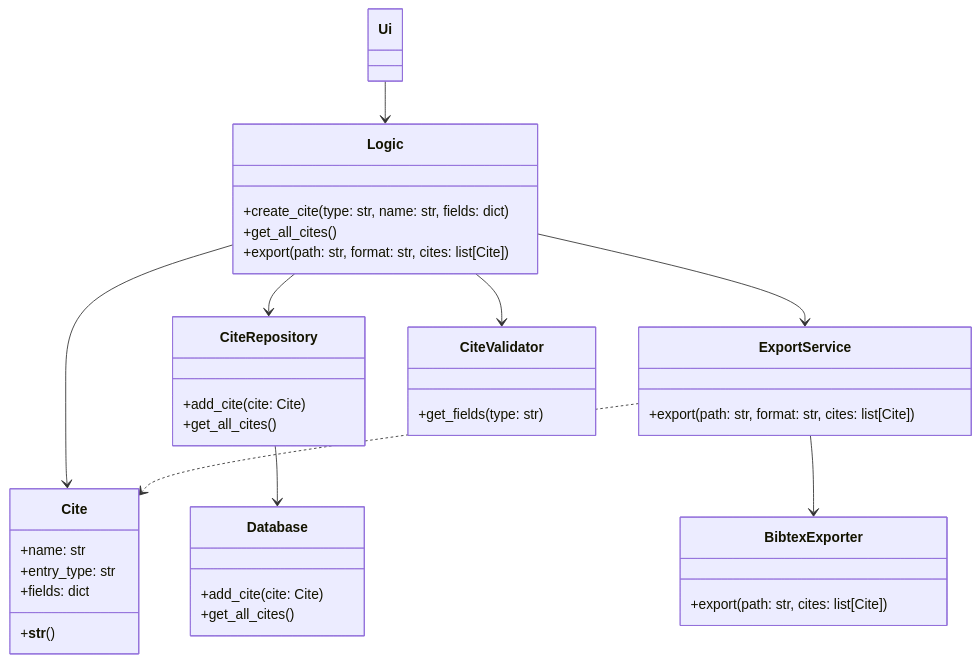
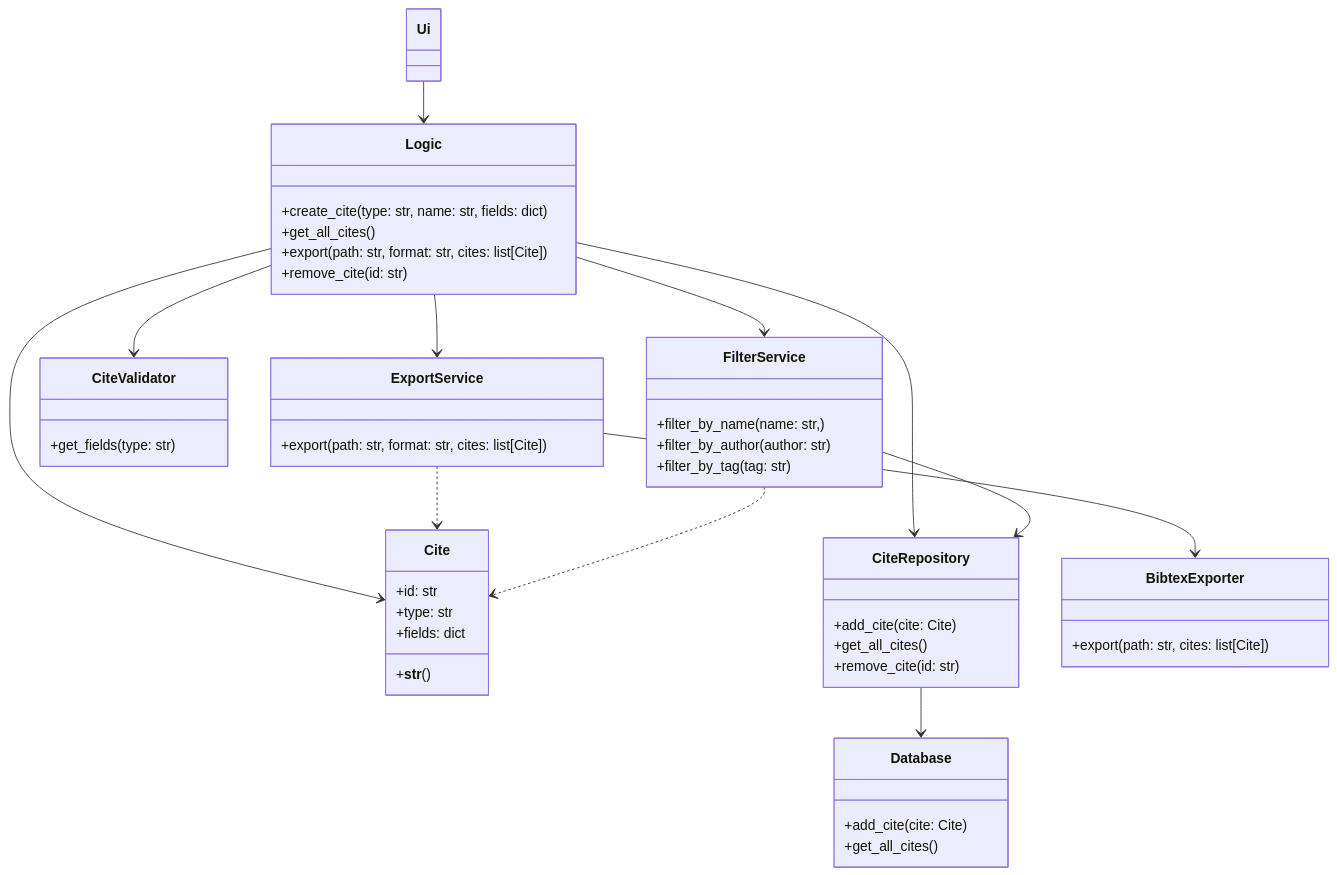
The second of 2 diagrams in docs/arkkitehtuuri.md (TheJiahao/ohtu-miniprojekti), drawn with Mermaid before and after one commit.

````diff
--- a/docs/arkkitehtuuri.md
+++ b/docs/arkkitehtuuri.md
@@ -23,49 +23,61 @@
 ```mermaid
 classDiagram
 Ui --> Logic
 
 Logic --> Cite
 Logic --> CiteRepository
 Logic --> ExportService
 Logic --> CiteValidator
+Logic --> FilterService
 
 ExportService --> BibtexExporter
 ExportService ..> Cite
+
+FilterService --> CiteRepository
+FilterService ..> Cite
 
 CiteRepository --> Database
 
 class Logic{
     +create_cite(type: str, name: str, fields: dict)
     +get_all_cites()
     +export(path: str, format: str, cites: list[Cite])
+    +remove_cite(id: str)
 }
 
 class Cite {
-    +name: str
-    +entry_type: str
+    +id: str
+    +type: str
     +fields: dict
     +__str__()
 }
 
 class CiteRepository {
     +add_cite(cite: Cite)
     +get_all_cites()
+    +remove_cite(id: str)
 }
 
 class Database {
     +add_cite(cite: Cite)
     +get_all_cites()
 }
 
 class BibtexExporter {
     +export(path: str, cites: list[Cite])
 }
 
 class ExportService {
     +export(path: str, format: str, cites: list[Cite])
 }
 
 class CiteValidator {
     +get_fields(type: str)
 }
+
+class FilterService {
+    +filter_by_name(name: str, )
+    +filter_by_author(author: str)
+    +filter_by_tag(tag: str)
+}
 ```
````
